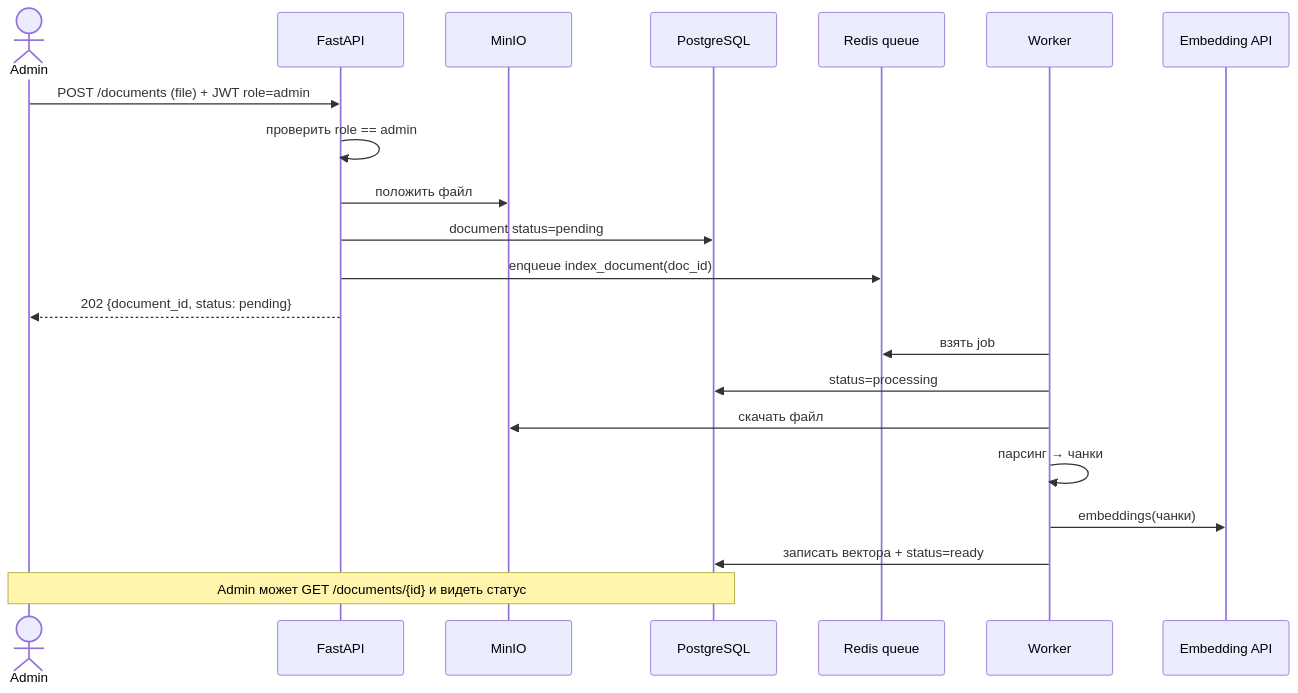
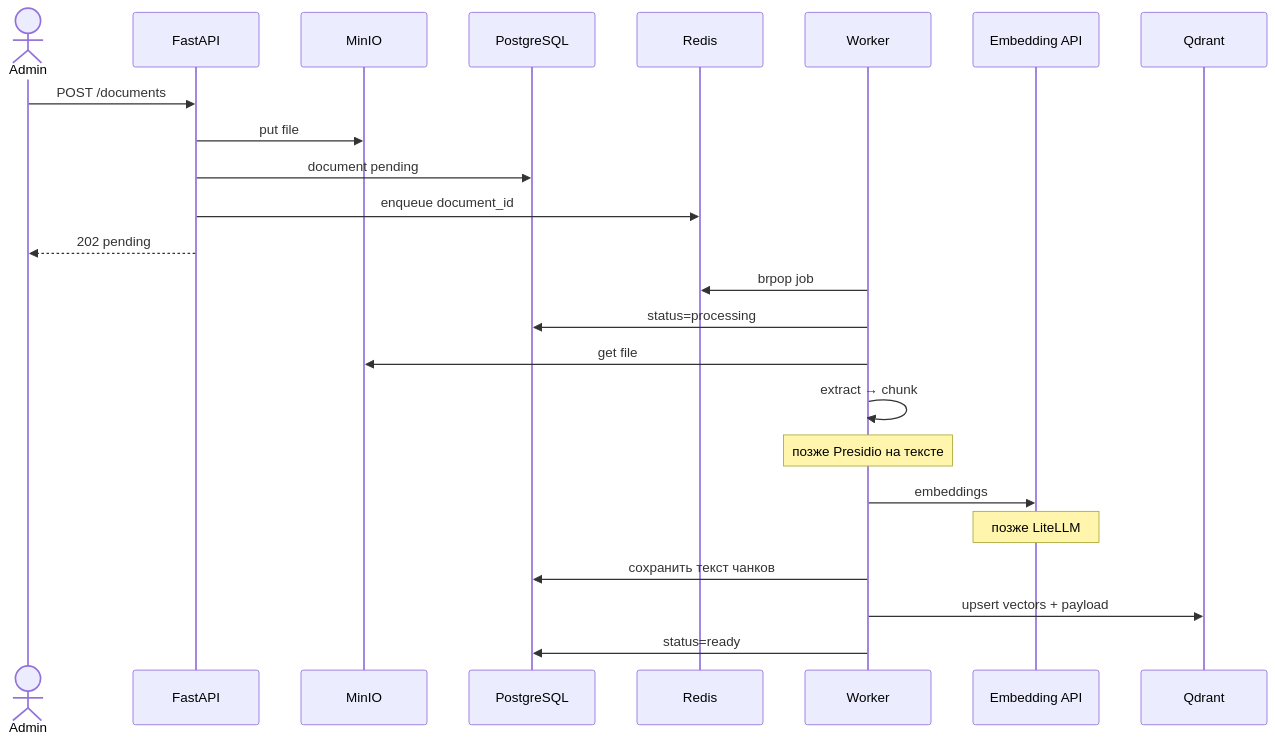
Before and after one commit to 1rate/ai-docs: the third of 5 diagrams in docs/system-interaction.md, drawn with Mermaid. The commit also changed other lines of this file and 16 other files, not shown here.

````diff
--- a/docs/system-interaction.md
+++ b/docs/system-interaction.md
@@ -119,25 +115,28 @@
 ```mermaid
 sequenceDiagram
   actor A as Admin
   participant API as FastAPI
   participant S3 as MinIO
   participant PG as PostgreSQL
-  participant RD as Redis queue
+  participant RD as Redis
   participant W as Worker
-  participant LLM as Embedding API
+  participant EMB as Embedding API
+  participant QD as Qdrant
 
-  A->>API: POST /documents (file) + JWT role=admin
-  API->>API: проверить role == admin
-  API->>S3: положить файл
-  API->>PG: document status=pending
-  API->>RD: enqueue index_document(doc_id)
-  API-->>A: 202 {document_id, status: pending}
+  A->>API: POST /documents
+  API->>S3: put file
+  API->>PG: document pending
+  API->>RD: enqueue document_id
+  API-->>A: 202 pending
 
-  W->>RD: взять job
+  W->>RD: brpop job
   W->>PG: status=processing
-  W->>S3: скачать файл
-  W->>W: парсинг → чанки
-  W->>LLM: embeddings(чанки)
-  W->>PG: записать вектора + status=ready
-  Note over A,PG: Admin может GET /documents/{id} и видеть статус
+  W->>S3: get file
+  W->>W: extract → chunk
+  Note over W: позже Presidio на тексте
+  W->>EMB: embeddings
+  Note over EMB: позже LiteLLM
+  W->>PG: сохранить текст чанков
+  W->>QD: upsert vectors + payload
+  W->>PG: status=ready
 ```
````
